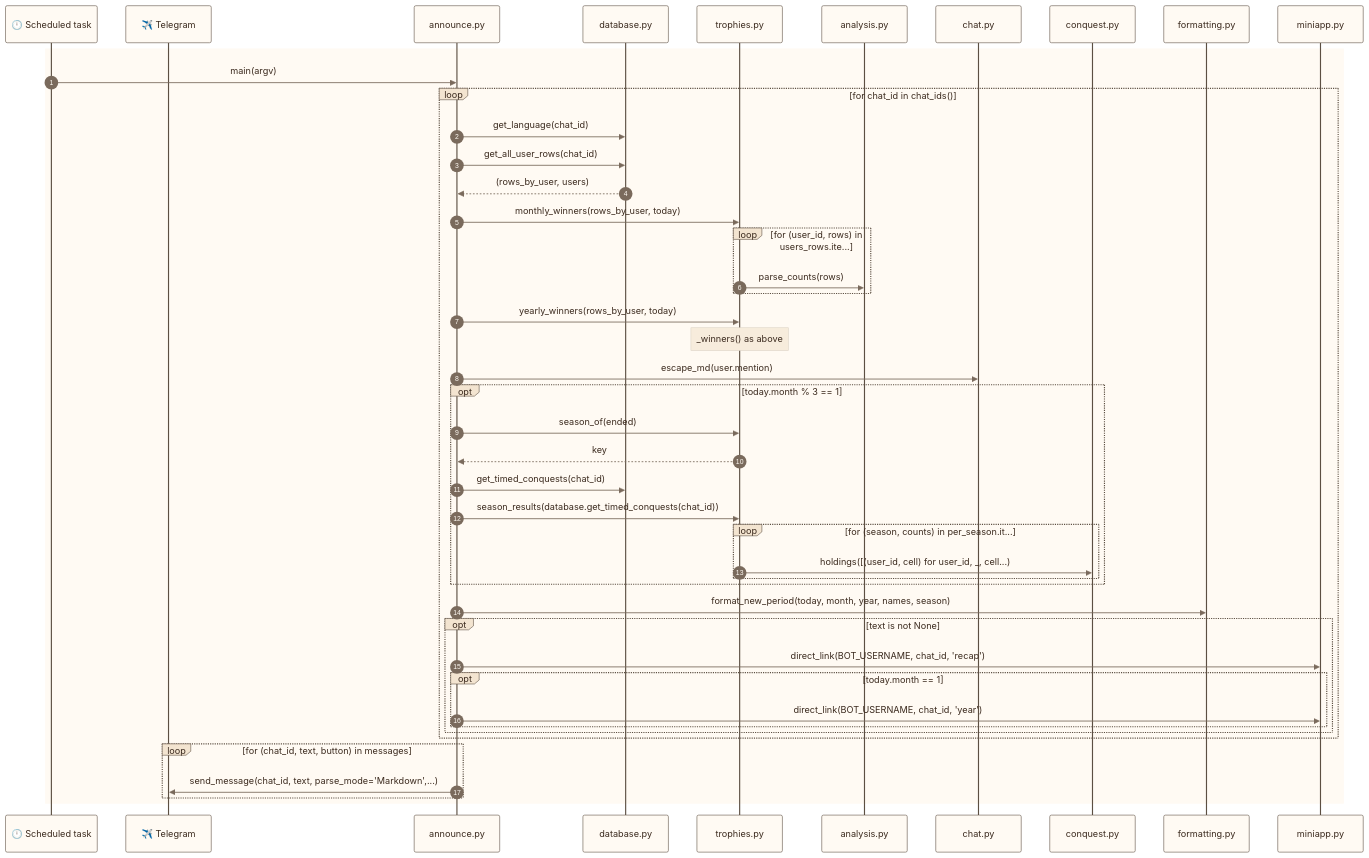
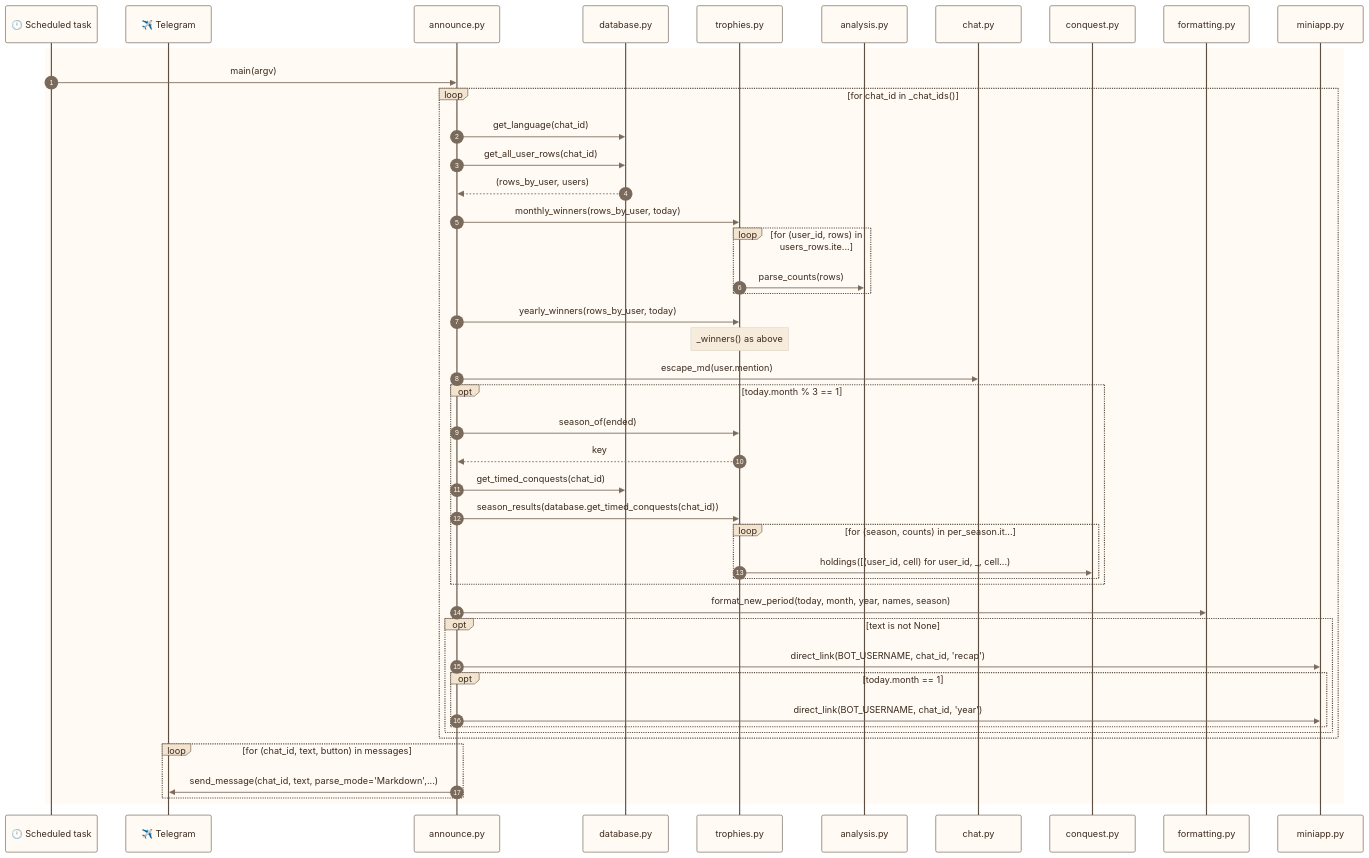
One commit to francescoperrino/Caccometro changed diagram 42 of 42 in docs/use_cases.md. Above: the diagram before and after it, drawn with Mermaid. The commit also changed other lines of this file and 36 other files, not shown here.

````diff
--- a/docs/use_cases.md
+++ b/docs/use_cases.md
@@ -3619,79 +3488,79 @@
 ```mermaid
 ---
 config:
   theme: base
   themeVariables:
     fontFamily: "Nunito, Segoe UI, Roboto, sans-serif"
     primaryColor: "#fffaf3"
     primaryTextColor: "#3b2a1e"
     primaryBorderColor: "#eadccb"
     secondaryColor: "#f7ecdc"
     tertiaryColor: "#f3e4d0"
     lineColor: "#7a6a5c"
     textColor: "#3b2a1e"
     edgeLabelBackground: "#fffaf3"
     clusterBkg: "#f3e4d0"
     clusterBorder: "#cbbca9"
     titleColor: "#5c4f42"
     noteBkgColor: "#f7ecdc"
     noteTextColor: "#3b2a1e"
     actorBkg: "#fffaf3"
     actorBorder: "#5c4f42"
     actorTextColor: "#3b2a1e"
     signalColor: "#7a6a5c"
     signalTextColor: "#3b2a1e"
     labelBoxBkgColor: "#f3e4d0"
     loopTextColor: "#3b2a1e"
     sequenceNumberColor: "#fffaf3"
     xyChart:
       plotColorPalette: "#2f4f8f"
 ---
 sequenceDiagram
     accTitle: Sequence diagram, Midnight announcement (scheduled task)
     accDescr: The calls between the modules in time order, starting from announce.main
     autonumber
     participant task as 🕛 Scheduled task
     participant telegram as ✈️ Telegram
     participant announce as announce.py
     participant database as database.py
     participant trophies as trophies.py
     participant analysis as analysis.py
     participant chat as chat.py
     participant conquest as conquest.py
     participant formatting as formatting.py
     participant miniapp as miniapp.py
     rect rgb(255, 250, 243)
         task->>announce: main(argv)
-        loop for chat_id in chat_ids()
+        loop for chat_id in _chat_ids()
             announce->>database: get_language(chat_id)
             announce->>database: get_all_user_rows(chat_id)
             database-->>announce: (rows_by_user, users)
             announce->>trophies: monthly_winners(rows_by_user, today)
             loop for (user_id, rows) in users_rows.ite...
                 trophies->>analysis: parse_counts(rows)
             end
             announce->>trophies: yearly_winners(rows_by_user, today)
             Note over trophies: _winners() as above
             announce->>chat: escape_md(user.mention)
             opt today.month % 3 == 1
                 announce->>trophies: season_of(ended)
                 trophies-->>announce: key
                 announce->>database: get_timed_conquests(chat_id)
                 announce->>trophies: season_results(database.get_timed_conquests(chat_id))
                 loop for (season, counts) in per_season.it...
                     trophies->>conquest: holdings([(user_id, cell) for user_id, _, cell...)
                 end
             end
             announce->>formatting: format_new_period(today, month, year, names, season)
             opt text is not None
                 announce->>miniapp: direct_link(BOT_USERNAME, chat_id, 'recap')
                 opt today.month == 1
                     announce->>miniapp: direct_link(BOT_USERNAME, chat_id, 'year')
                 end
             end
         end
         loop for (chat_id, text, button) in messages
             announce->>telegram: send_message(chat_id, text, parse_mode='Markdown',...)
         end
     end
 ```
````
